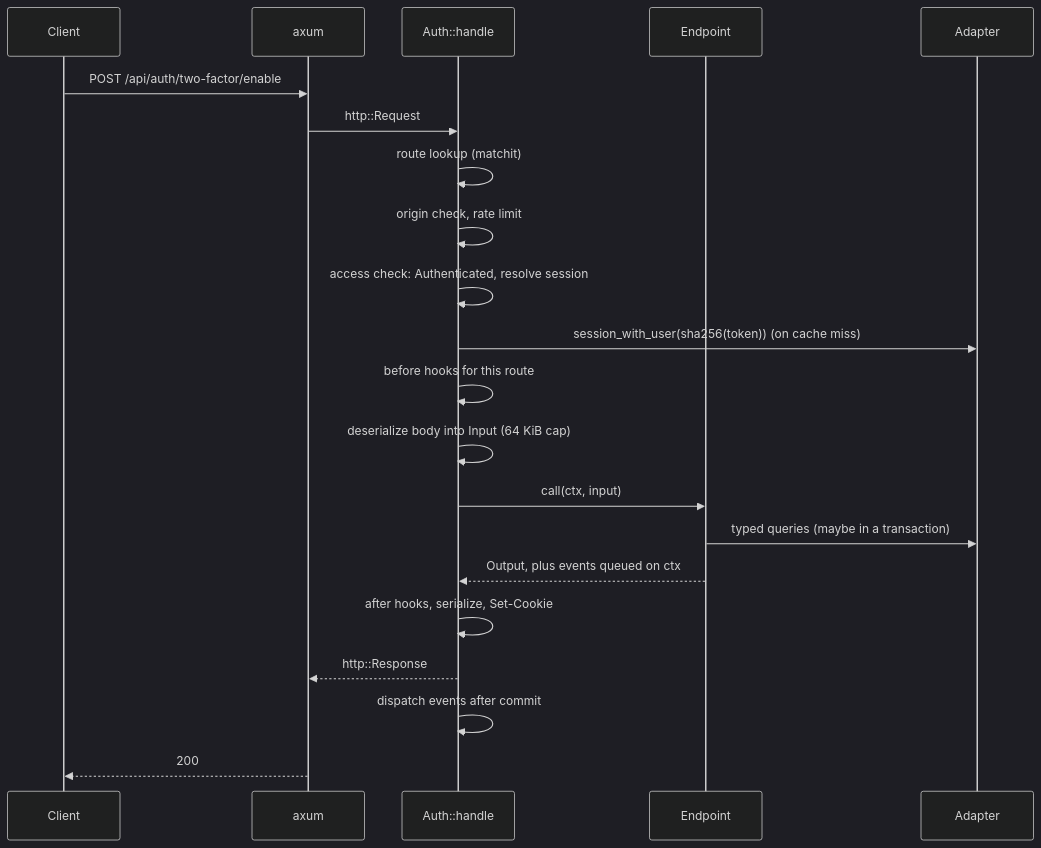
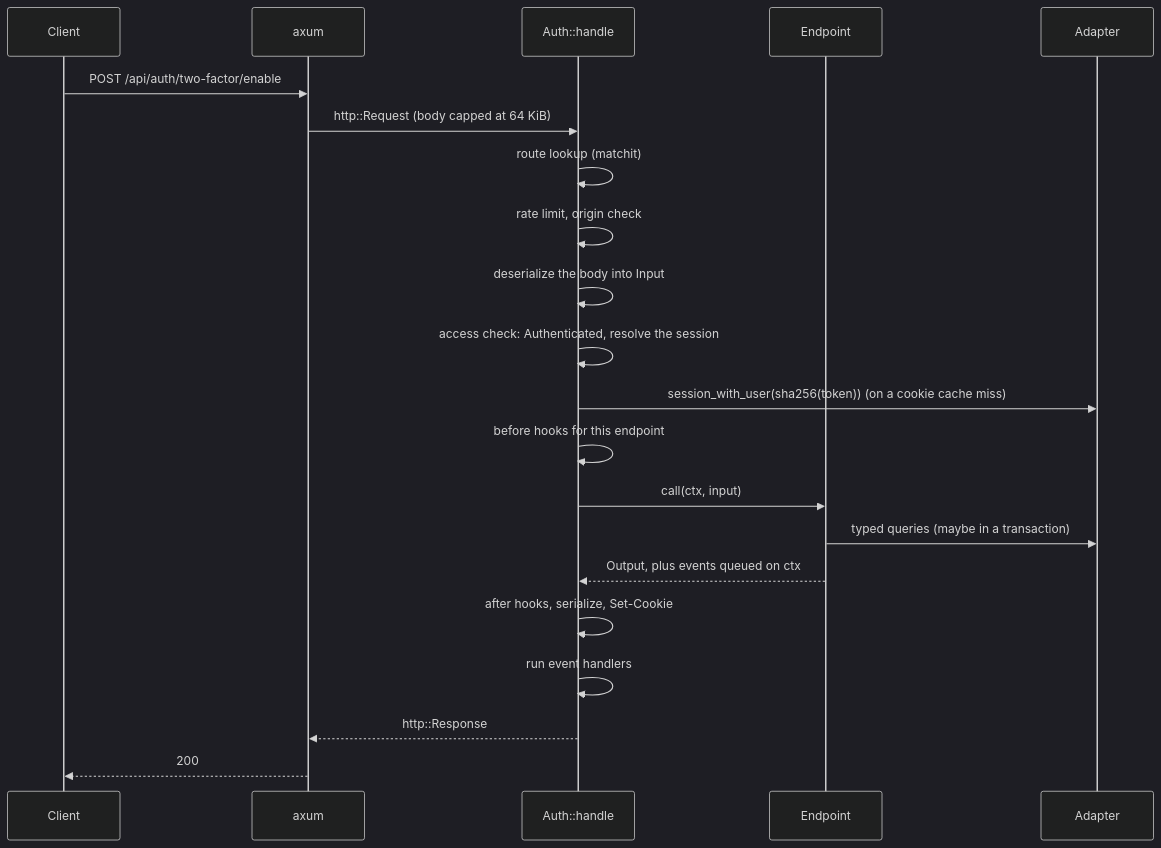
The second of 2 diagrams in docs/08-internals.md (lassejlv/fastauth), drawn with Mermaid (dark theme) before and after one commit. The commit also changed other lines of this file and 25 other files, not shown here.

````diff
--- a/docs/08-internals.md
+++ b/docs/08-internals.md
@@ -145,24 +162,24 @@
 ```mermaid
 sequenceDiagram
     participant C as Client
     participant F as axum
     participant A as Auth::handle
     participant E as Endpoint
     participant DB as Adapter
 
     C->>F: POST /api/auth/two-factor/enable
-    F->>A: http::Request
+    F->>A: http::Request (body capped at 64 KiB)
     A->>A: route lookup (matchit)
-    A->>A: origin check, rate limit
-    A->>A: access check: Authenticated, resolve session
-    A->>DB: session_with_user(sha256(token)) (on cache miss)
-    A->>A: before hooks for this route
-    A->>A: deserialize body into Input (64 KiB cap)
+    A->>A: rate limit, origin check
+    A->>A: deserialize the body into Input
+    A->>A: access check: Authenticated, resolve the session
+    A->>DB: session_with_user(sha256(token)) (on a cookie cache miss)
+    A->>A: before hooks for this endpoint
     A->>E: call(ctx, input)
     E->>DB: typed queries (maybe in a transaction)
     E-->>A: Output, plus events queued on ctx
     A->>A: after hooks, serialize, Set-Cookie
+    A->>A: run event handlers
     A-->>F: http::Response
-    A->>A: dispatch events after commit
     F-->>C: 200
 ```
````
